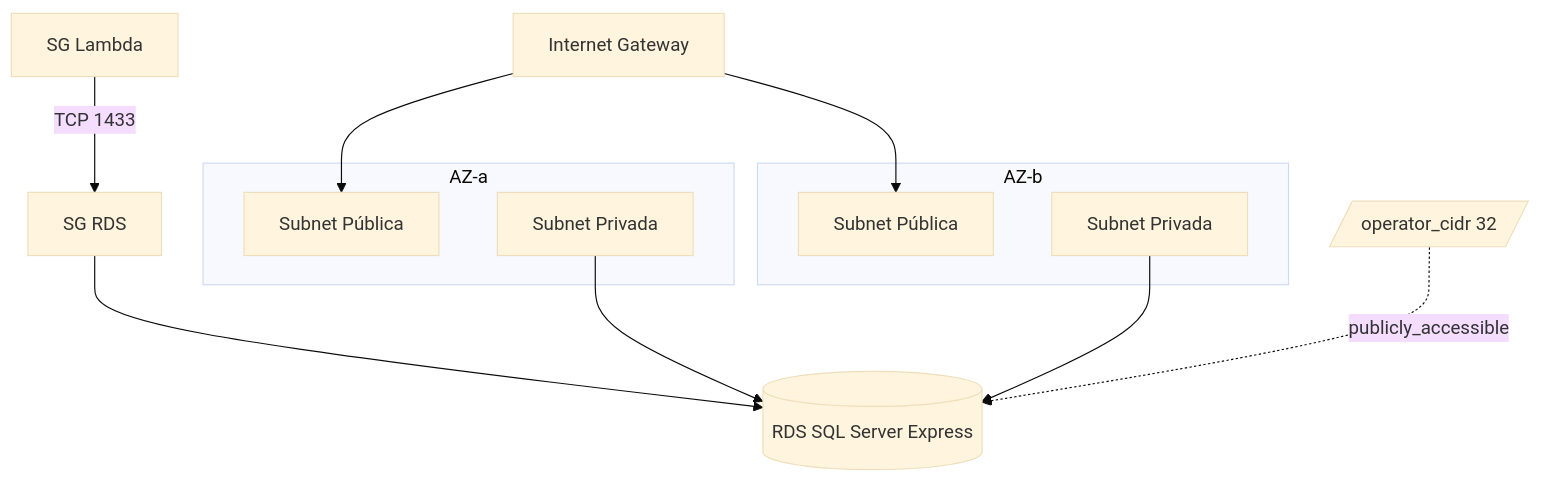
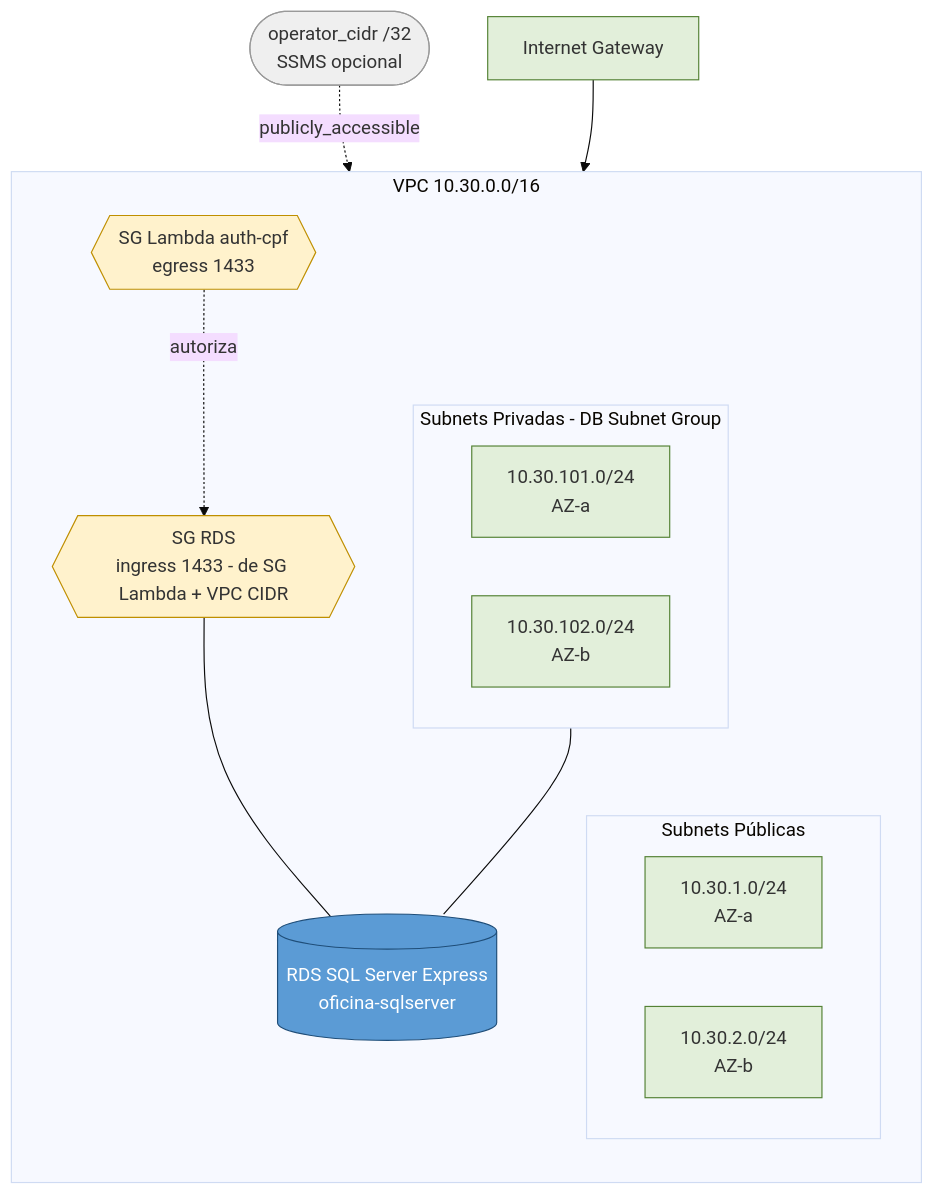
The second of 2 diagrams in README.md (fabianorodrigues/oficina-infra-db), drawn with Mermaid (base theme) before and after one commit. The commit also changed other lines of this file, not shown here.

````diff
--- a/README.md
+++ b/README.md
@@ -63,19 +88,37 @@
 ```mermaid
-graph TB
-  IGW[Internet Gateway]
-  subgraph AZ_A[AZ-a]
-    PubA[Subnet Pública]
-    PrivA[Subnet Privada]
-  end
-  subgraph AZ_B[AZ-b]
-    PubB[Subnet Pública]
-    PrivB[Subnet Privada]
-  end
-  IGW --> PubA
-  IGW --> PubB
-  SGLambda[SG Lambda] -->|TCP 1433| SGRds[SG RDS]
-  SGRds --> RDS[(RDS SQL Server Express)]
-  PrivA --> RDS
-  PrivB --> RDS
-  Operator[/operator_cidr 32/] -. publicly_accessible .-> RDS
+flowchart TB
+    classDef db   fill:#5B9BD5,color:#fff,stroke:#1F4E79
+    classDef net  fill:#E2EFDA,color:#333,stroke:#548235
+    classDef sg   fill:#FFF2CC,color:#333,stroke:#BF8F00
+    classDef ext  fill:#EFEFEF,color:#333,stroke:#999
+
+    IGW[Internet Gateway]:::net
+    OPER([operator_cidr /32<br/>SSMS opcional]):::ext
+
+    subgraph VPC[VPC 10.30.0.0/16]
+      direction TB
+
+      subgraph PUB[Subnets Públicas]
+        direction LR
+        PubA[10.30.1.0/24<br/>AZ-a]:::net
+        PubB[10.30.2.0/24<br/>AZ-b]:::net
+      end
+
+      subgraph PRV[Subnets Privadas - DB Subnet Group]
+        direction LR
+        PrivA[10.30.101.0/24<br/>AZ-a]:::net
+        PrivB[10.30.102.0/24<br/>AZ-b]:::net
+      end
+
+      SGLMB{{SG Lambda auth-cpf<br/>egress 1433}}:::sg
+      SGRDS{{SG RDS<br/>ingress 1433 - de SG Lambda + VPC CIDR}}:::sg
+      RDS[(RDS SQL Server Express<br/>oficina-sqlserver)]:::db
+
+      PRV --- RDS
+      SGRDS --- RDS
+      SGLMB -. autoriza .-> SGRDS
+    end
+
+    IGW --> PUB
+    OPER -. publicly_accessible .-> RDS
 ```
````
